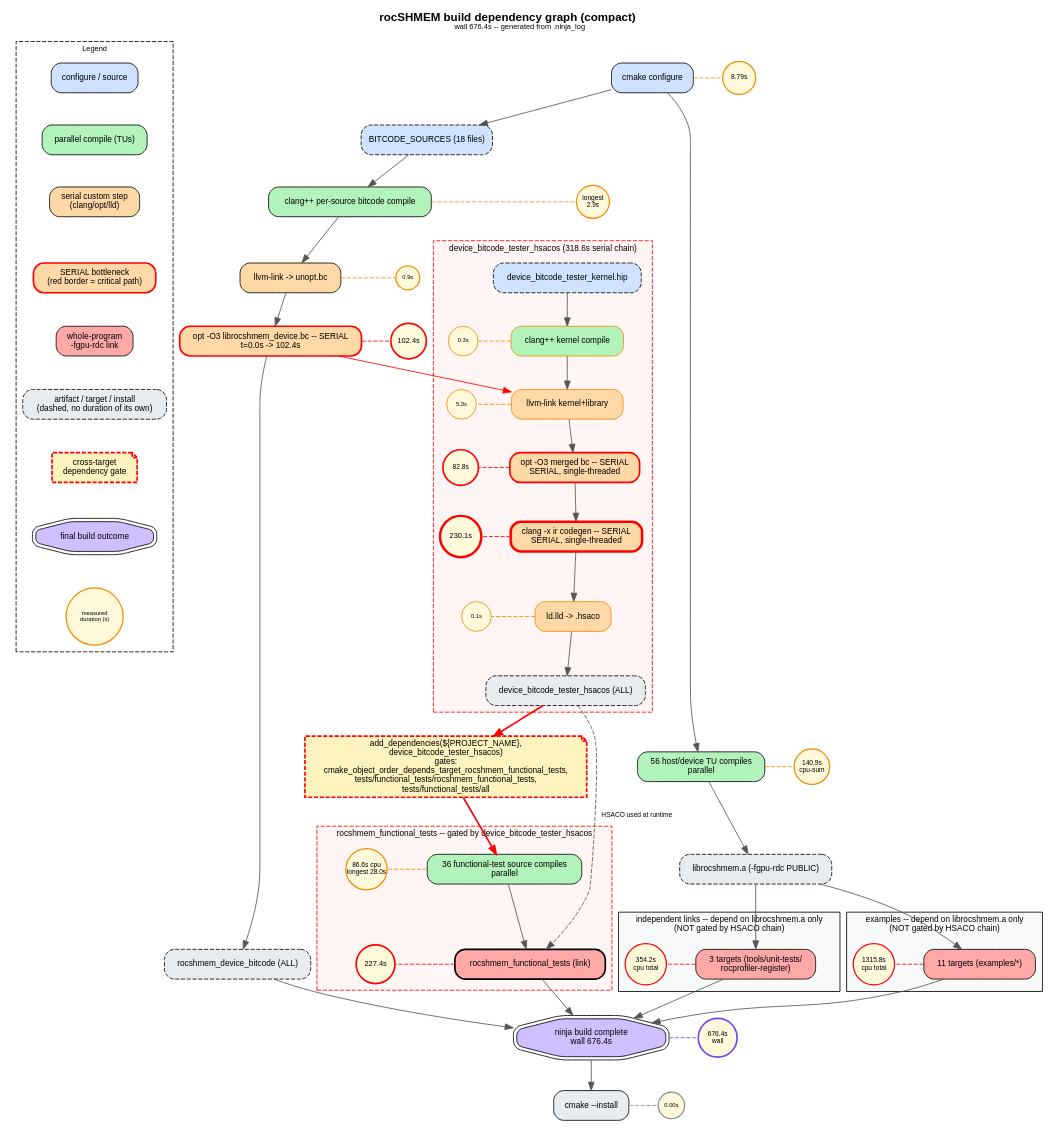
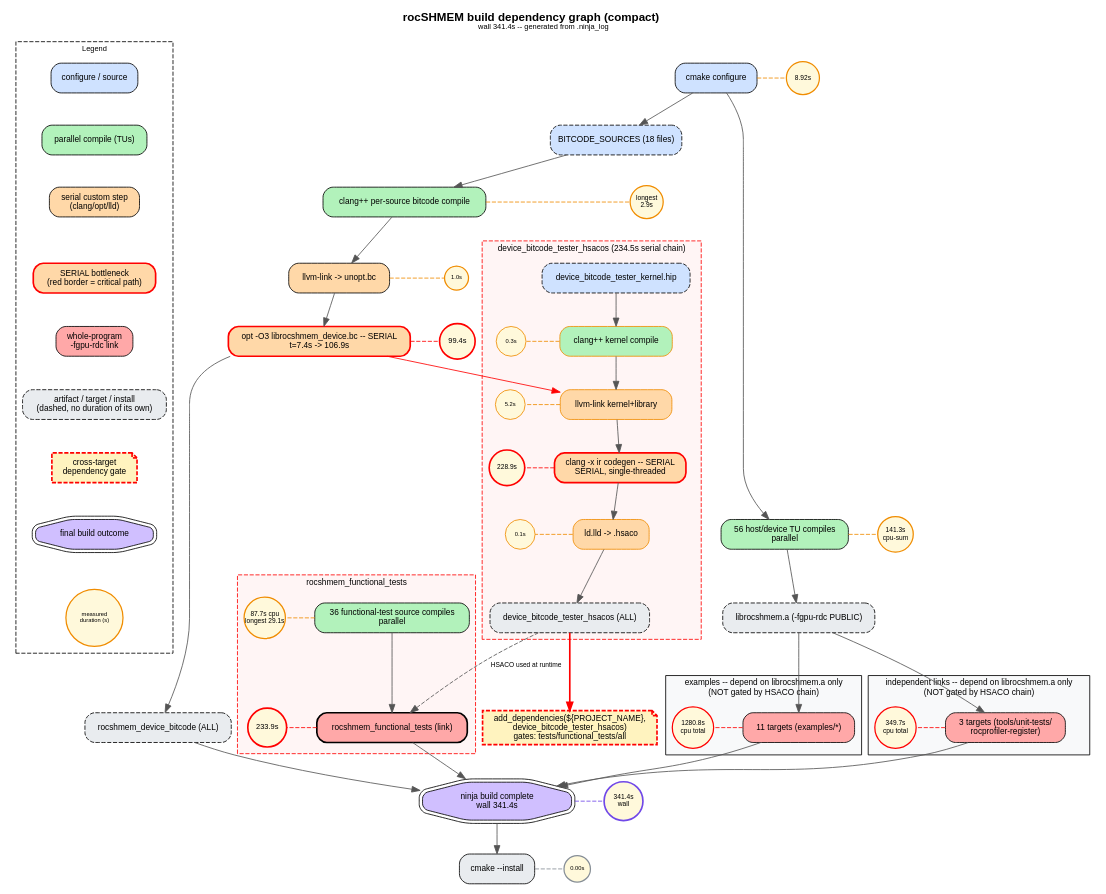
The diagram in projects/rocshmem/docs/images/diagrams/build-dependency-graph-compact.dot (ROCm/rocm-systems), drawn with Graphviz before and after one commit. The commit also changed 6 other files, not shown here.

Commit message:
WIP: remove opt from the BC tester, and unnecessary dependency

```diff
--- a/projects/rocshmem/docs/images/diagrams/build-dependency-graph-compact.dot
+++ b/projects/rocshmem/docs/images/diagrams/build-dependency-graph-compact.dot
@@ -1,162 +1,153 @@
 // rocSHMEM build dependency graph (compact)
 // Auto-generated by scripts/analysis/build_time_report.py from build/.ninja_log
 // and build/build.ninja -- do not hand-edit, re-run the script instead.
-// HSACO-chain add_dependencies() gates: cmake_object_order_depends_target_rocshmem_functional_tests, tests/functional_tests/rocshmem_functional_tests, tests/functional_tests/all.
+// HSACO-chain add_dependencies() gates: tests/functional_tests/all.
 
 digraph rocshmem_build_compact {
   rankdir=TB; fontname="Helvetica"; labelloc="t";
-  label=<<B>rocSHMEM build dependency graph (compact)</B><BR/><FONT POINT-SIZE="9">wall 676.4s -- generated from .ninja_log</FONT>>;
+  label=<<B>rocSHMEM build dependency graph (compact)</B><BR/><FONT POINT-SIZE="9">wall 341.4s -- generated from .ninja_log</FONT>>;
   node [shape=box, style="rounded,filled", fontname="Helvetica", fontsize=10, margin="0.12,0.06"];
   edge [fontname="Helvetica", fontsize=8, color="#555555"];
 
   subgraph cluster_legend {
     label="Legend"; style=dashed; fontsize=9; rank=same;
     leg_config [label="configure / source", style="rounded,filled", fillcolor="#cfe2ff"];
     leg_parallel [label="parallel compile (TUs)", style="rounded,filled", fillcolor="#b2f2bb"];
     leg_serial [label="serial custom step
 (clang/opt/lld)", style="rounded,filled", fillcolor="#ffd8a8"];
     leg_bottleneck [label="SERIAL bottleneck
 (red border = critical path)", style="rounded,filled", fillcolor="#ffd8a8", color=red, penwidth=2];
     leg_link [label="whole-program
 -fgpu-rdc link", style="rounded,filled", fillcolor="#ffa8a8"];
     leg_artifact [label="artifact / target / install
 (dashed, no duration of its own)", style="rounded,filled,dashed", fillcolor="#e9ecef"];
     leg_gate [label="cross-target
 dependency gate", style="filled,dashed", fillcolor="#fff3bf", color=red, penwidth=2, shape=note];
     leg_done [label="final build outcome", style="rounded,filled", fillcolor="#d0bfff", shape=doubleoctagon];
     leg_duration [label="measured\nduration (s)", shape=circle, fixedsize=false, width=0.7, height=0.7, fontsize=7, fillcolor="#fff9db", color="#f08c00", penwidth=1.5];
     leg_config -> leg_parallel -> leg_serial -> leg_bottleneck -> leg_link -> leg_artifact -> leg_gate -> leg_done -> leg_duration [style=invis];
   }
 
   cmake_configure [label="cmake configure", style="rounded,filled", fillcolor="#cfe2ff"];
-  t_cmake_configure [label="8.79s", shape=circle, fixedsize=true, width=0.55, height=0.55, fontsize=8, fillcolor="#fff9db", color="#f08c00", penwidth=1.5];
+  t_cmake_configure [label="8.92s", shape=circle, fixedsize=true, width=0.55, height=0.55, fontsize=8, fillcolor="#fff9db", color="#f08c00", penwidth=1.5];
   cmake_configure -> t_cmake_configure [style=dashed, arrowhead=none, color="#f08c00", constraint=false, weight=0];
   {rank=same; cmake_configure; t_cmake_configure;}
   bc_sources [label="BITCODE_SOURCES (18 files)", style="rounded,filled,dashed", fillcolor="#cfe2ff"];
   bc_compile [label="clang++ per-source bitcode compile", style="rounded,filled", fillcolor="#b2f2bb"];
   t_bc_compile [label="longest
 2.9s", shape=circle, fixedsize=true, width=0.55, height=0.55, fontsize=8, fillcolor="#fff9db", color="#f08c00", penwidth=1.5];
   bc_compile -> t_bc_compile [style=dashed, arrowhead=none, color="#f08c00", constraint=false, weight=0];
   {rank=same; bc_compile; t_bc_compile;}
   bc_llvmlink [label="llvm-link -> unopt.bc", style="rounded,filled", fillcolor="#ffd8a8"];
-  t_bc_llvmlink [label="0.9s", shape=circle, fixedsize=true, width=0.4, height=0.4, fontsize=7, fillcolor="#fff9db", color="#f08c00", penwidth=1.5];
+  t_bc_llvmlink [label="1.0s", shape=circle, fixedsize=true, width=0.4, height=0.4, fontsize=7, fillcolor="#fff9db", color="#f08c00", penwidth=1.5];
   bc_llvmlink -> t_bc_llvmlink [style=dashed, arrowhead=none, color="#f08c00", constraint=false, weight=0];
   {rank=same; bc_llvmlink; t_bc_llvmlink;}
   bc_opt [label="opt -O3 librocshmem_device.bc -- SERIAL
-t=0.0s -> 102.4s", style="rounded,filled", fillcolor="#ffd8a8", color=red, penwidth=2];
-  t_bc_opt [label="102.4s", shape=circle, fixedsize=true, width=0.6, height=0.6, fontsize=9, fillcolor="#fff9db", color="red", penwidth=2];
+t=7.4s -> 106.9s", style="rounded,filled", fillcolor="#ffd8a8", color=red, penwidth=2];
+  t_bc_opt [label="99.4s", shape=circle, fixedsize=true, width=0.6, height=0.6, fontsize=9, fillcolor="#fff9db", color="red", penwidth=2];
   bc_opt -> t_bc_opt [style=dashed, arrowhead=none, color="red", constraint=false, weight=0];
   {rank=same; bc_opt; t_bc_opt;}
   bc_target [label="rocshmem_device_bitcode (ALL)", style="rounded,filled,dashed", fillcolor="#e9ecef"];
   cmake_configure -> bc_sources;
   bc_sources -> bc_compile;
   bc_compile -> bc_llvmlink;
   bc_llvmlink -> bc_opt;
   bc_opt -> bc_target;
   host_sources [label="56 host/device TU compiles
 parallel", style="rounded,filled", fillcolor="#b2f2bb"];
-  t_host_sources [label="140.9s
+  t_host_sources [label="141.3s
 cpu-sum", shape=circle, fixedsize=true, width=0.6, height=0.6, fontsize=8, fillcolor="#fff9db", color="#f08c00", penwidth=1.5];
   host_sources -> t_host_sources [style=dashed, arrowhead=none, color="#f08c00", constraint=false, weight=0];
   {rank=same; host_sources; t_host_sources;}
   host_archive [label="librocshmem.a (-fgpu-rdc PUBLIC)", style="rounded,filled,dashed", fillcolor="#e9ecef"];
   cmake_configure -> host_sources;
   host_sources -> host_archive;
   project_dep_hack [label="add_dependencies(${PROJECT_NAME},
 device_bitcode_tester_hsacos)
-gates:
-cmake_object_order_depends_target_rocshmem_functional_tests,
-tests/functional_tests/rocshmem_functional_tests,
-tests/functional_tests/all", style="filled,dashed", fillcolor="#fff3bf", color=red, penwidth=2, shape=note];
+gates: tests/functional_tests/all", style="filled,dashed", fillcolor="#fff3bf", color=red, penwidth=2, shape=note];
   subgraph cluster_hsaco {
-    label="device_bitcode_tester_hsacos (318.6s serial chain)";
+    label="device_bitcode_tester_hsacos (234.5s serial chain)";
     style="filled,dashed"; fillcolor="#fff5f5"; color=red; fontsize=10;
   kernel_hip [label="device_bitcode_tester_kernel.hip", style="rounded,filled,dashed", fillcolor="#cfe2ff"];
   kernel_compile [label="clang++ kernel compile", style="rounded,filled", fillcolor="#b2f2bb", color="#f08c00"];
   t_kernel_compile [label="0.3s", shape=circle, fixedsize=true, width=0.5, height=0.5, fontsize=7, fillcolor="#fff9db", color="#f08c00", penwidth=1];
   kernel_compile -> t_kernel_compile [style=dashed, arrowhead=none, color="#f08c00", constraint=false, weight=0];
   {rank=same; kernel_compile; t_kernel_compile;}
   kernel_unopt_link [label="llvm-link kernel+library", style="rounded,filled", fillcolor="#ffd8a8", color="#f08c00"];
-  t_kernel_unopt_link [label="5.3s", shape=circle, fixedsize=true, width=0.5, height=0.5, fontsize=7, fillcolor="#fff9db", color="#f08c00", penwidth=1];
+  t_kernel_unopt_link [label="5.2s", shape=circle, fixedsize=true, width=0.5, height=0.5, fontsize=7, fillcolor="#fff9db", color="#f08c00", penwidth=1];
   kernel_unopt_link -> t_kernel_unopt_link [style=dashed, arrowhead=none, color="#f08c00", constraint=false, weight=0];
   {rank=same; kernel_unopt_link; t_kernel_unopt_link;}
-  kernel_opt [label="opt -O3 merged bc -- SERIAL
+  kernel_codegen [label="clang -x ir codegen -- SERIAL
 SERIAL, single-threaded", style="rounded,filled", fillcolor="#ffd8a8", color=red, penwidth=2];
-  t_kernel_opt [label="82.8s", shape=circle, fixedsize=true, width=0.6000000000000001, height=0.6000000000000001, fontsize=8, fillcolor="#fff9db", color="red", penwidth=2];
-  kernel_opt -> t_kernel_opt [style=dashed, arrowhead=none, color="red", constraint=false, weight=0];
-  {rank=same; kernel_opt; t_kernel_opt;}
-  kernel_codegen [label="clang -x ir codegen -- SERIAL
-SERIAL, single-threaded", style="rounded,filled", fillcolor="#ffd8a8", color=red, penwidth=3];
-  t_kernel_codegen [label="230.1s", shape=circle, fixedsize=true, width=0.7000000000000001, height=0.7000000000000001, fontsize=9, fillcolor="#fff9db", color="red", penwidth=3];
+  t_kernel_codegen [label="228.9s", shape=circle, fixedsize=true, width=0.6000000000000001, height=0.6000000000000001, fontsize=8, fillcolor="#fff9db", color="red", penwidth=2];
   kernel_codegen -> t_kernel_codegen [style=dashed, arrowhead=none, color="red", constraint=false, weight=0];
   {rank=same; kernel_codegen; t_kernel_codegen;}
   hsaco_lld [label="ld.lld -> .hsaco", style="rounded,filled", fillcolor="#ffd8a8", color="#f08c00"];
   t_hsaco_lld [label="0.1s", shape=circle, fixedsize=true, width=0.5, height=0.5, fontsize=7, fillcolor="#fff9db", color="#f08c00", penwidth=1];
   hsaco_lld -> t_hsaco_lld [style=dashed, arrowhead=none, color="#f08c00", constraint=false, weight=0];
   {rank=same; hsaco_lld; t_hsaco_lld;}
   hsaco_target [label="device_bitcode_tester_hsacos (ALL)", style="rounded,filled,dashed", fillcolor="#e9ecef"];
   }
   kernel_hip -> kernel_compile;
   kernel_compile -> kernel_unopt_link;
   bc_opt -> kernel_unopt_link [color=red];
-  kernel_unopt_link -> kernel_opt;
-  kernel_opt -> kernel_codegen;
+  kernel_unopt_link -> kernel_codegen;
   kernel_codegen -> hsaco_lld;
   hsaco_lld -> hsaco_target;
   hsaco_target -> project_dep_hack [color=red, penwidth=2];
   subgraph cluster_examples {
     label="examples -- depend on librocshmem.a only
 (NOT gated by HSACO chain)";
     fillcolor="#f8f9fa"; style=filled; fontsize=10;
   examples_link [label="11 targets (examples/*)", style="rounded,filled", fillcolor="#ffa8a8"];
-  t_examples_link [label="1315.8s
+  t_examples_link [label="1280.8s
 cpu total", shape=circle, fixedsize=true, width=0.7, height=0.7, fontsize=8, fillcolor="#fff9db", color="red", penwidth=1.5];
   examples_link -> t_examples_link [style=dashed, arrowhead=none, color="red", constraint=false, weight=0];
   {rank=same; examples_link; t_examples_link;}
   }
   host_archive -> examples_link;
   subgraph cluster_consumers {
     label="independent links -- depend on librocshmem.a only
 (NOT gated by HSACO chain)";
     fillcolor="#f8f9fa"; style=filled; fontsize=10;
   other_links [label="3 targets (tools/unit-tests/
 rocprofiler-register)", style="rounded,filled", fillcolor="#ffa8a8"];
-  t_other_links [label="354.2s
+  t_other_links [label="349.7s
 cpu total", shape=circle, fixedsize=true, width=0.7, height=0.7, fontsize=8, fillcolor="#fff9db", color="red", penwidth=1.5];
   other_links -> t_other_links [style=dashed, arrowhead=none, color="red", constraint=false, weight=0];
   {rank=same; other_links; t_other_links;}
   }
   host_archive -> other_links;
   subgraph cluster_functest {
-    label="rocshmem_functional_tests -- gated by device_bitcode_tester_hsacos";
+    label="rocshmem_functional_tests";
     style="filled,dashed"; fillcolor="#fff5f5"; color=red; fontsize=10;
   functest_sources [label="36 functional-test source compiles
 parallel", style="rounded,filled", fillcolor="#b2f2bb"];
-  t_functest_sources [label="86.6s cpu
-longest 28.0s", shape=circle, fixedsize=true, width=0.7, height=0.7, fontsize=8, fillcolor="#fff9db", color="#f08c00", penwidth=1.5];
+  t_functest_sources [label="87.7s cpu
+longest 29.1s", shape=circle, fixedsize=true, width=0.7, height=0.7, fontsize=8, fillcolor="#fff9db", color="#f08c00", penwidth=1.5];
   functest_sources -> t_functest_sources [style=dashed, arrowhead=none, color="#f08c00", constraint=false, weight=0];
   {rank=same; functest_sources; t_functest_sources;}
   functest_link [label="rocshmem_functional_tests (link)", style="rounded,filled", fillcolor="#ffa8a8", penwidth=2];
-  t_functest_link [label="227.4s", shape=circle, fixedsize=true, width=0.65, height=0.65, fontsize=9, fillcolor="#fff9db", color="red", penwidth=2];
+  t_functest_link [label="233.9s", shape=circle, fixedsize=true, width=0.65, height=0.65, fontsize=9, fillcolor="#fff9db", color="red", penwidth=2];
   functest_link -> t_functest_link [style=dashed, arrowhead=none, color="red", constraint=false, weight=0];
   {rank=same; functest_link; t_functest_link;}
   }
-  project_dep_hack -> functest_sources [color=red, penwidth=2];
+
   functest_sources -> functest_link;
   hsaco_target -> functest_link [style=dashed, label="  HSACO used at runtime"];
   build_done [label="ninja build complete
-wall 676.4s", style="rounded,filled", fillcolor="#d0bfff", shape=doubleoctagon];
-  t_build_done [label="676.4s
+wall 341.4s", style="rounded,filled", fillcolor="#d0bfff", shape=doubleoctagon];
+  t_build_done [label="341.4s
 wall", shape=circle, fixedsize=true, width=0.65, height=0.65, fontsize=8, fillcolor="#fff9db", color="#7048e8", penwidth=2];
   build_done -> t_build_done [style=dashed, arrowhead=none, color="#7048e8", constraint=false, weight=0];
   {rank=same; build_done; t_build_done;}
   functest_link -> build_done;
   other_links -> build_done;
   examples_link -> build_done;
   bc_target -> build_done;
   install_step [label="cmake --install", style="rounded,filled", fillcolor="#e9ecef"];
   t_install_step [label="0.00s", shape=circle, fixedsize=true, width=0.45, height=0.45, fontsize=7, fillcolor="#fff9db", color="#868e96", penwidth=1.5];
   install_step -> t_install_step [style=dashed, arrowhead=none, color="#868e96", constraint=false, weight=0];
   {rank=same; install_step; t_install_step;}
   build_done -> install_step;
 }
```
